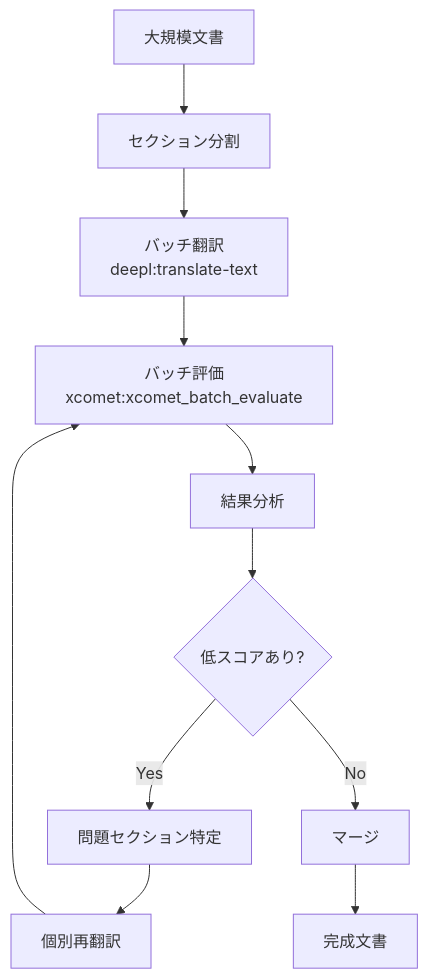
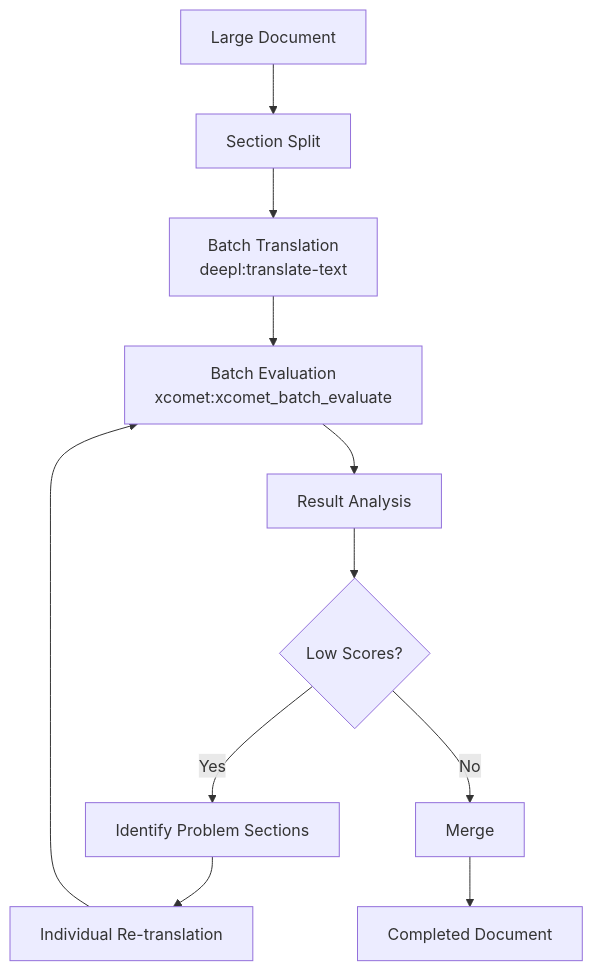
Before and after one commit to shuji-bonji/ai-agent-architecture: the third of 10 diagrams in docs/workflows/patterns.md, drawn with Mermaid. The commit also changed other lines of this file and 42 other files, not shown here.

````diff
--- a/docs/workflows/patterns.md
+++ b/docs/workflows/patterns.md
@@ -99,13 +101,13 @@
 ```mermaid
 flowchart TB
-    START[大規模文書] --> SPLIT[セクション分割]
-    SPLIT --> BATCH[バッチ翻訳<br/>deepl:translate-text]
-    BATCH --> BATCH_EVAL[バッチ評価<br/>xcomet:xcomet_batch_evaluate]
-    BATCH_EVAL --> ANALYZE[結果分析]
-    ANALYZE --> LOW{低スコアあり?}
-    LOW -->|Yes| IDENTIFY[問題セクション特定]
-    LOW -->|No| MERGE[マージ]
-    IDENTIFY --> INDIVIDUAL[個別再翻訳]
+    START[Large Document] --> SPLIT[Section Split]
+    SPLIT --> BATCH[Batch Translation<br/>deepl:translate-text]
+    BATCH --> BATCH_EVAL[Batch Evaluation<br/>xcomet:xcomet_batch_evaluate]
+    BATCH_EVAL --> ANALYZE[Result Analysis]
+    ANALYZE --> LOW{Low Scores?}
+    LOW -->|Yes| IDENTIFY[Identify Problem Sections]
+    LOW -->|No| MERGE[Merge]
+    IDENTIFY --> INDIVIDUAL[Individual Re-translation]
     INDIVIDUAL --> BATCH_EVAL
-    MERGE --> OUTPUT[完成文書]
+    MERGE --> OUTPUT[Completed Document]
 ```
````
